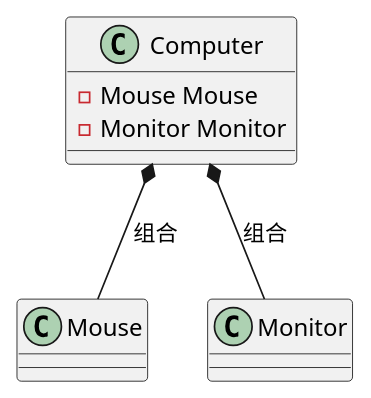
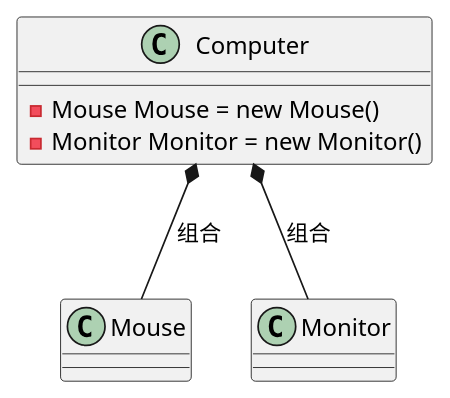
One commit to liuji789/spring changed the diagram in src/main/java/com/example/uml/composition/composition.puml. Above: the diagram before and after it, drawn with PlantUML. The commit also changed 4 other files, not shown here.

Commit message:
PlantUML

```diff
--- a/src/main/java/com/example/uml/composition/composition.puml
+++ b/src/main/java/com/example/uml/composition/composition.puml
@@ -1,20 +1,20 @@
 @startuml
 
 class Computer{
 
-    -Mouse Mouse
-    -Monitor Monitor
+    -Mouse Mouse = new Mouse()
+    -Monitor Monitor = new Monitor()
 
 }
 
 class Mouse{
 }
 
 class Monitor{
 
 }
 
 Computer *-- Monitor:组合
 Computer *-- Mouse:组合
 
 @enduml
```
